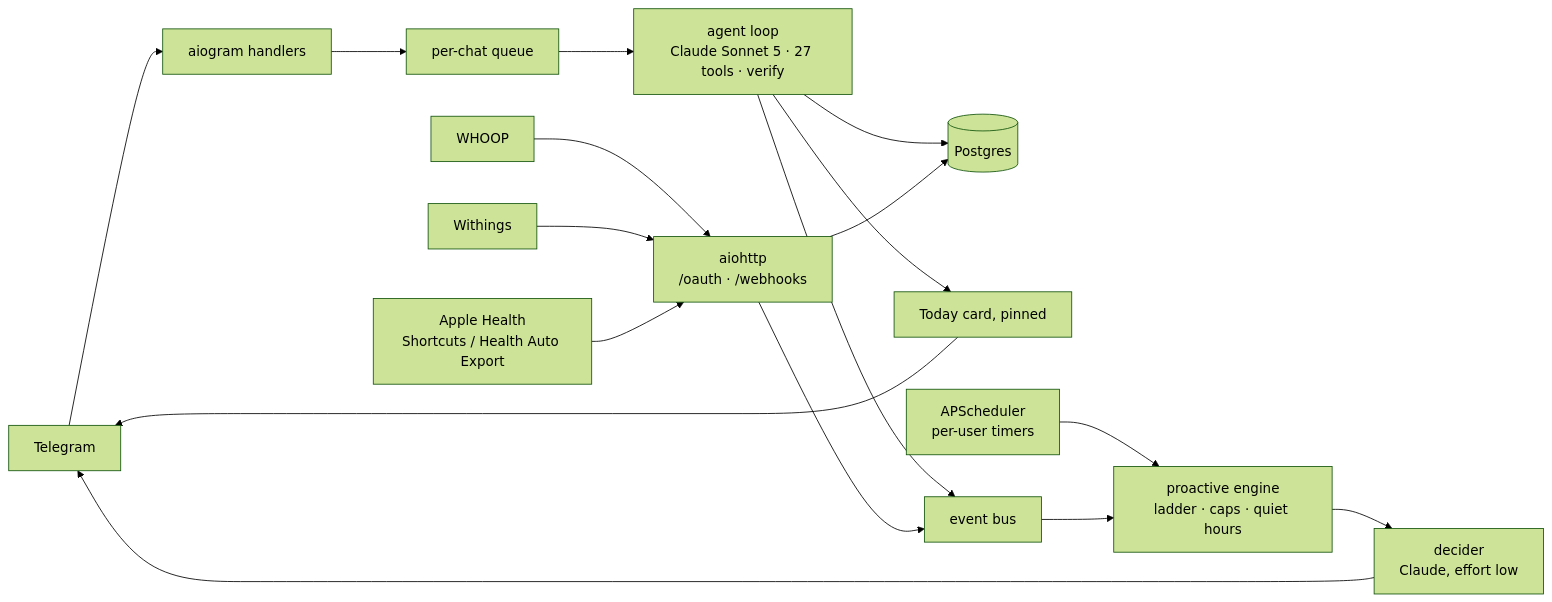
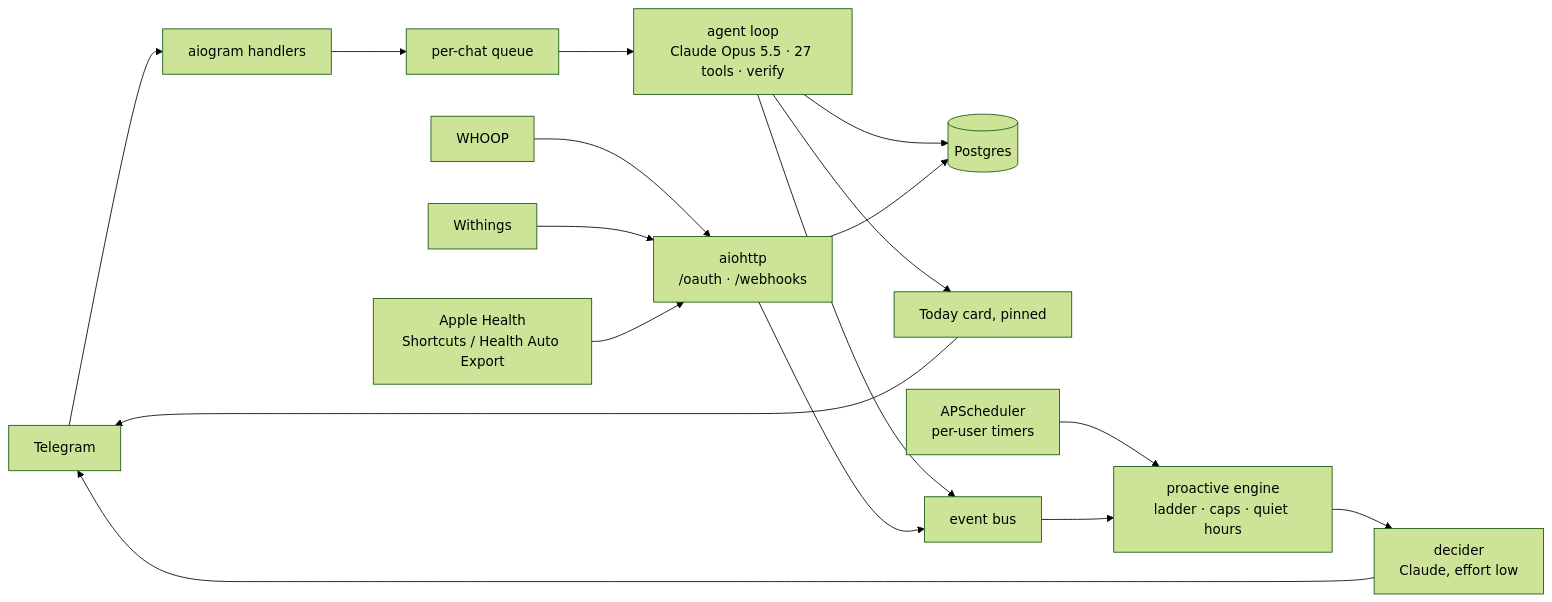
The diagram in README.md (magik-ai/strikt), drawn with Mermaid (forest theme) before and after one commit. The commit also changed other lines of this file and 24 other files, not shown here.

Commit message:
Feat: run the bot on Claude Opus 5.5 and make meal times configurable

````diff
--- a/README.md
+++ b/README.md
@@ -54,17 +54,17 @@
 ```mermaid
 flowchart LR
   TG[Telegram] --> H[aiogram handlers]
   H --> Q[per-chat queue]
-  Q --> L[agent loop<br/>Claude Sonnet 5 · 27 tools · verify]
+  Q --> L[agent loop<br/>Claude Opus 5.5 · 27 tools · verify]
   L --> PG[(Postgres)]
   L --> C[Today card, pinned] --> TG
   L --> B[event bus]
   S[APScheduler<br/>per-user timers] --> P[proactive engine<br/>ladder · caps · quiet hours]
   B --> P
   P --> D[decider<br/>Claude, effort low] --> TG
   W[WHOOP] --> A[aiohttp<br/>/oauth · /webhooks]
   WI[Withings] --> A
   AH[Apple Health<br/>Shortcuts / Health Auto Export] --> A
   A --> PG
   A --> B
 ```
````
